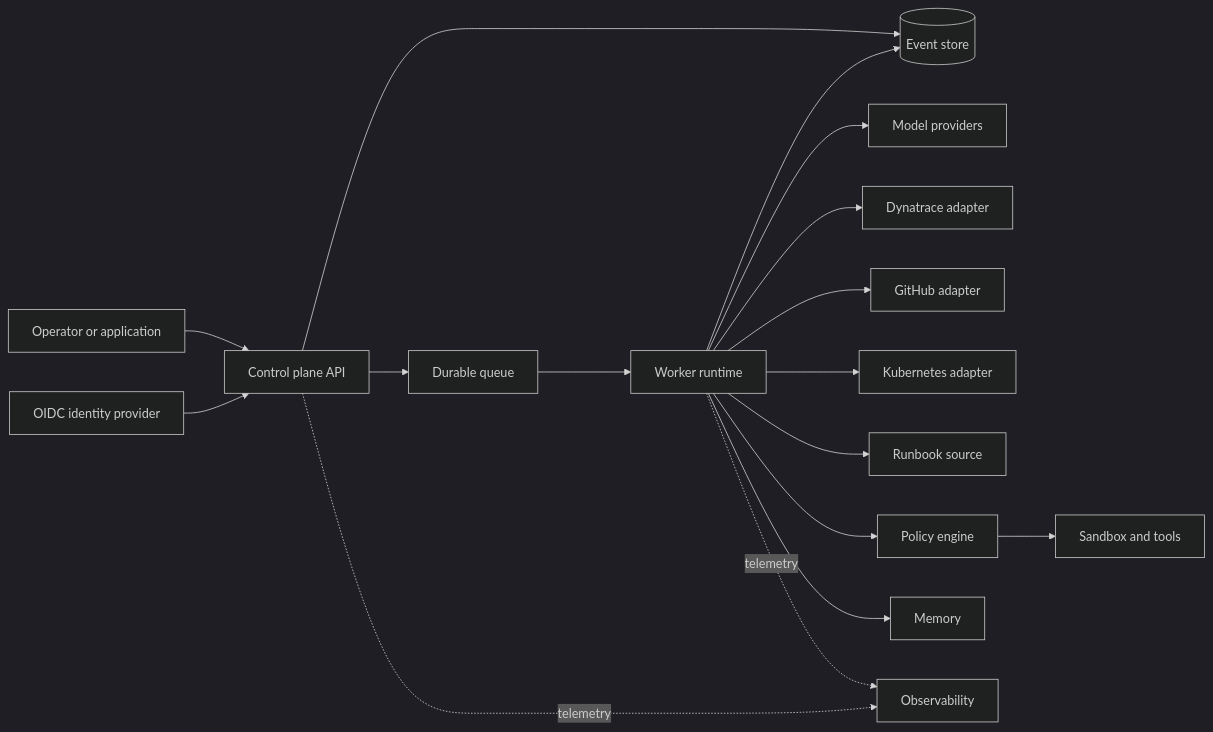
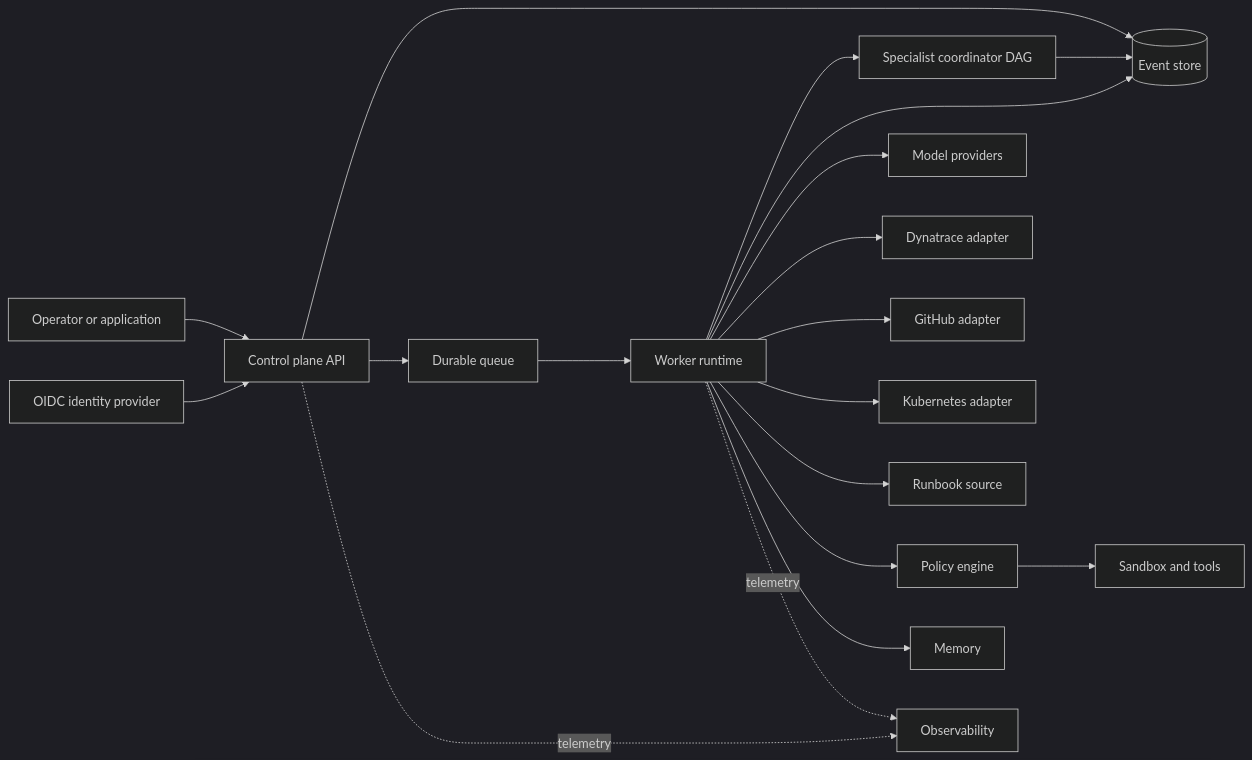
One commit to mrinmoyece/aegis-agent-platform changed the first of 9 diagrams in docs/architecture.md. Above: the diagram before and after it, drawn with Mermaid (dark theme). The commit also changed other lines of this file and 31 other files, not shown here.

````diff
--- a/docs/architecture.md
+++ b/docs/architecture.md
@@ -16,19 +18,21 @@
 ```mermaid
 flowchart LR
   User[Operator or application] --> CP[Control plane API]
   IdP[OIDC identity provider] --> CP
   CP --> ES[(Event store)]
   CP --> Q[Durable queue]
   Q --> W[Worker runtime]
+  W --> A[Specialist coordinator DAG]
+  A --> ES
   W --> ES
   W --> P[Model providers]
   W --> DT[Dynatrace adapter]
   W --> GH[GitHub adapter]
   W --> K8s[Kubernetes adapter]
   W --> RB[Runbook source]
   W --> Policy[Policy engine]
   Policy --> S[Sandbox and tools]
   W --> M[Memory]
   CP -. telemetry .-> O[Observability]
   W -. telemetry .-> O
 ```
````
